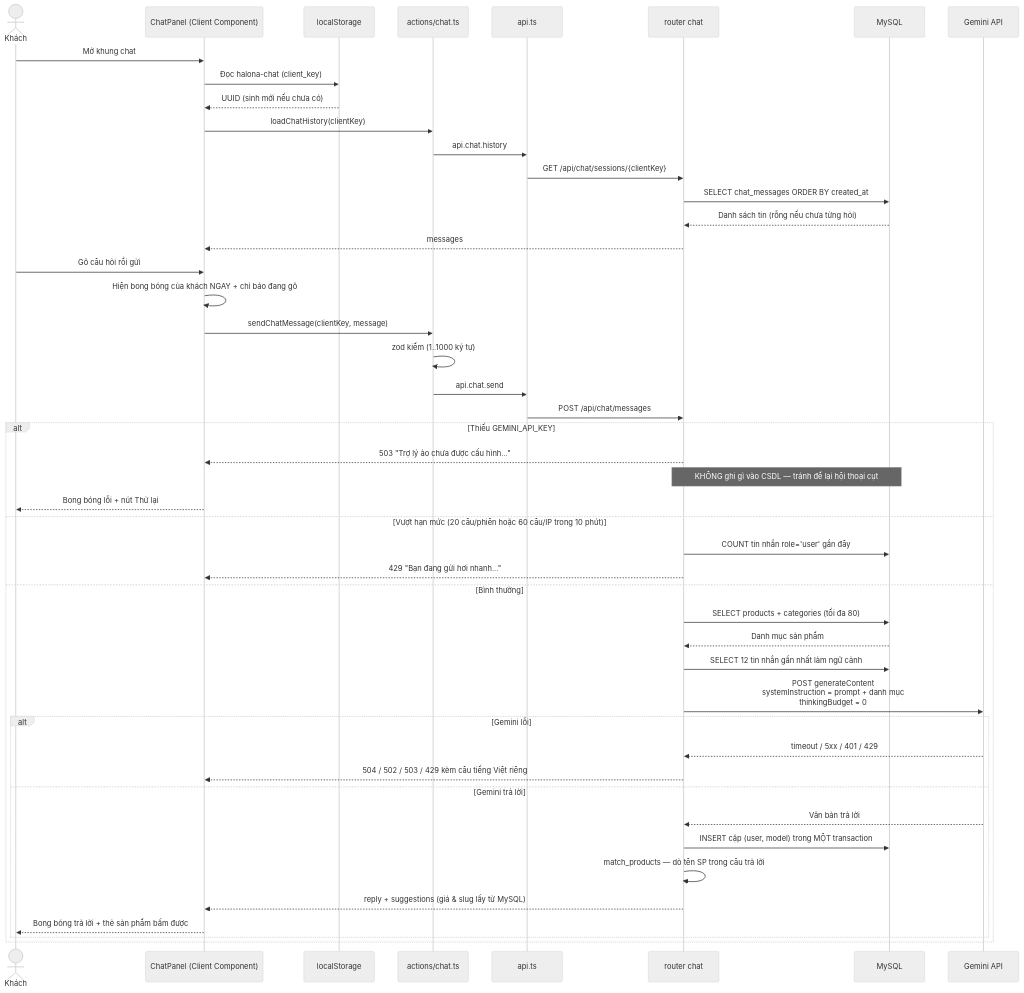
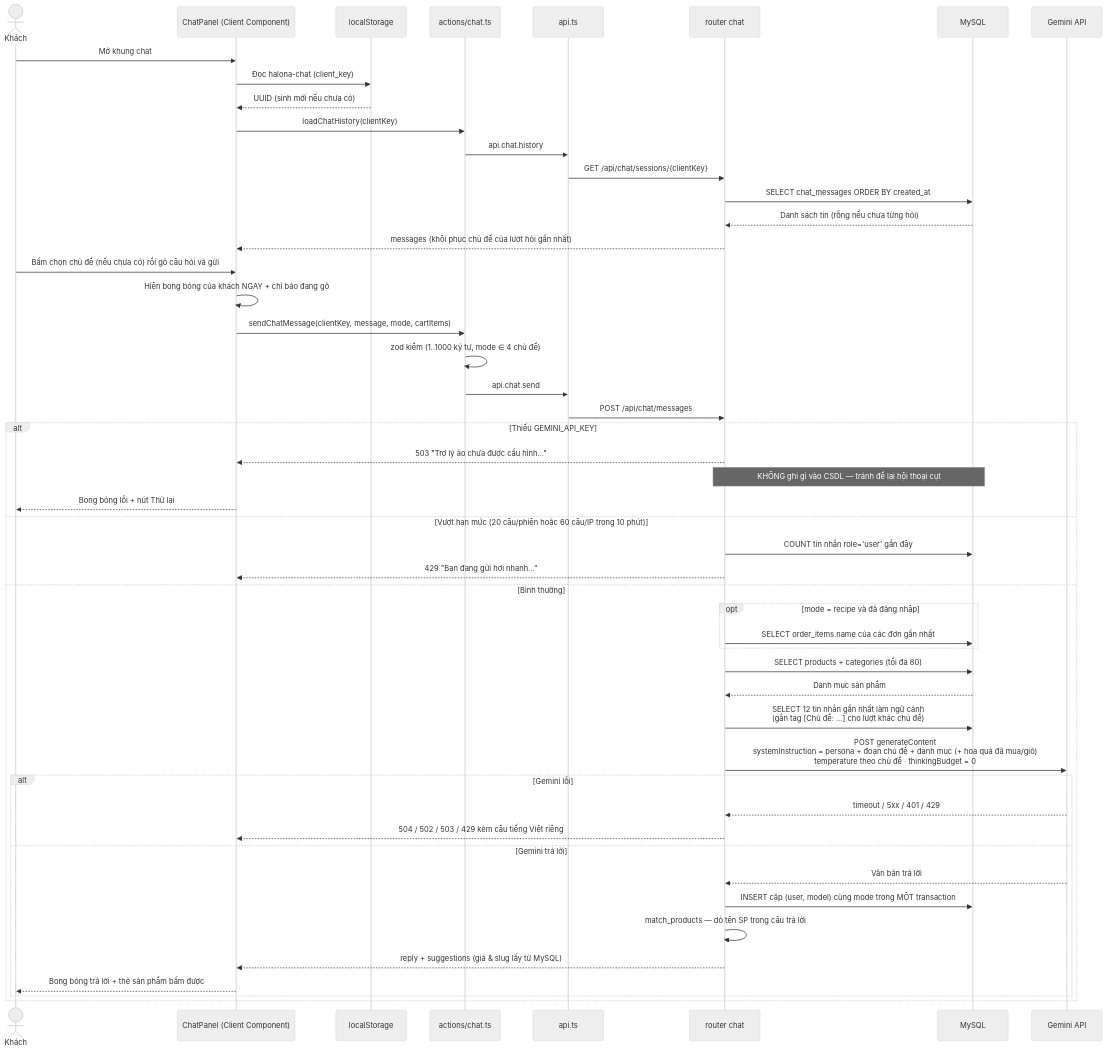
Before and after one commit to ngvuowng/doan: diagram 29 of 51 in docs/SRS.md, drawn with Mermaid (neutral theme). The commit also changed other lines of this file and 15 other files, not shown here.

````diff
--- a/docs/SRS.md
+++ b/docs/SRS.md
@@ -1660,52 +1660,55 @@
 ```mermaid
 sequenceDiagram
     actor U as Khách
     participant UI as ChatPanel (Client Component)
     participant LS as localStorage
     participant SA as actions/chat.ts
     participant AC as api.ts
     participant API as router chat
     participant DB as MySQL
     participant GM as Gemini API
 
     U->>UI: Mở khung chat
     UI->>LS: Đọc halona-chat (client_key)
     LS-->>UI: UUID (sinh mới nếu chưa có)
     UI->>SA: loadChatHistory(clientKey)
     SA->>AC: api.chat.history
     AC->>API: GET /api/chat/sessions/{clientKey}
     API->>DB: SELECT chat_messages ORDER BY created_at
     DB-->>API: Danh sách tin (rỗng nếu chưa từng hỏi)
-    API-->>UI: messages
+    API-->>UI: messages (khôi phục chủ đề của lượt hỏi gần nhất)
 
-    U->>UI: Gõ câu hỏi rồi gửi
+    U->>UI: Bấm chọn chủ đề (nếu chưa có) rồi gõ câu hỏi và gửi
     UI->>UI: Hiện bong bóng của khách NGAY + chỉ báo đang gõ
-    UI->>SA: sendChatMessage(clientKey, message)
-    SA->>SA: zod kiểm (1..1000 ký tự)
+    UI->>SA: sendChatMessage(clientKey, message, mode, cartItems)
+    SA->>SA: zod kiểm (1..1000 ký tự, mode ∈ 4 chủ đề)
     SA->>AC: api.chat.send
     AC->>API: POST /api/chat/messages
 
     alt Thiếu GEMINI_API_KEY
         API-->>UI: 503 "Trợ lý ảo chưa được cấu hình..."
         Note over API,DB: KHÔNG ghi gì vào CSDL — tránh để lại hội thoại cụt
         UI-->>U: Bong bóng lỗi + nút Thử lại
     else Vượt hạn mức (20 câu/phiên hoặc 60 câu/IP trong 10 phút)
         API->>DB: COUNT tin nhắn role='user' gần đây
         API-->>UI: 429 "Bạn đang gửi hơi nhanh..."
     else Bình thường
+        opt mode = recipe và đã đăng nhập
+            API->>DB: SELECT order_items.name của các đơn gần nhất
+        end
         API->>DB: SELECT products + categories (tối đa 80)
         DB-->>API: Danh mục sản phẩm
-        API->>DB: SELECT 12 tin nhắn gần nhất làm ngữ cảnh
-        API->>GM: POST generateContent<br/>systemInstruction = prompt + danh mục<br/>thinkingBudget = 0
+        API->>DB: SELECT 12 tin nhắn gần nhất làm ngữ cảnh<br/>(gắn tag [Chủ đề: …] cho lượt khác chủ đề)
+        API->>GM: POST generateContent<br/>systemInstruction = persona + đoạn chủ đề + danh mục (+ hoa quả đã mua/giỏ)<br/>temperature theo chủ đề · thinkingBudget = 0
         alt Gemini lỗi
             GM-->>API: timeout / 5xx / 401 / 429
             API-->>UI: 504 / 502 / 503 / 429 kèm câu tiếng Việt riêng
         else Gemini trả lời
             GM-->>API: Văn bản trả lời
-            API->>DB: INSERT cặp (user, model) trong MỘT transaction
+            API->>DB: INSERT cặp (user, model) cùng mode trong MỘT transaction
             API->>API: match_products — dò tên SP trong câu trả lời
             API-->>UI: reply + suggestions (giá & slug lấy từ MySQL)
             UI-->>U: Bong bóng trả lời + thẻ sản phẩm bấm được
         end
     end
 ```
````
